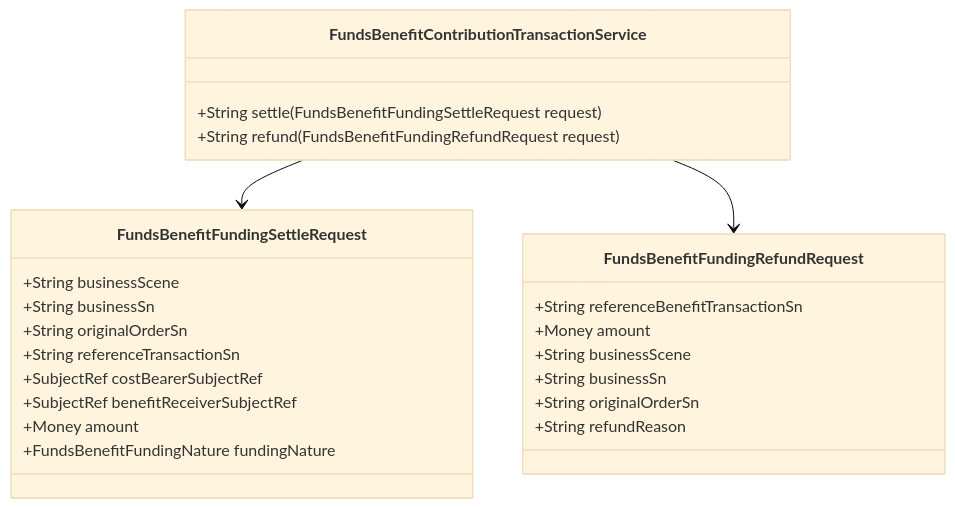
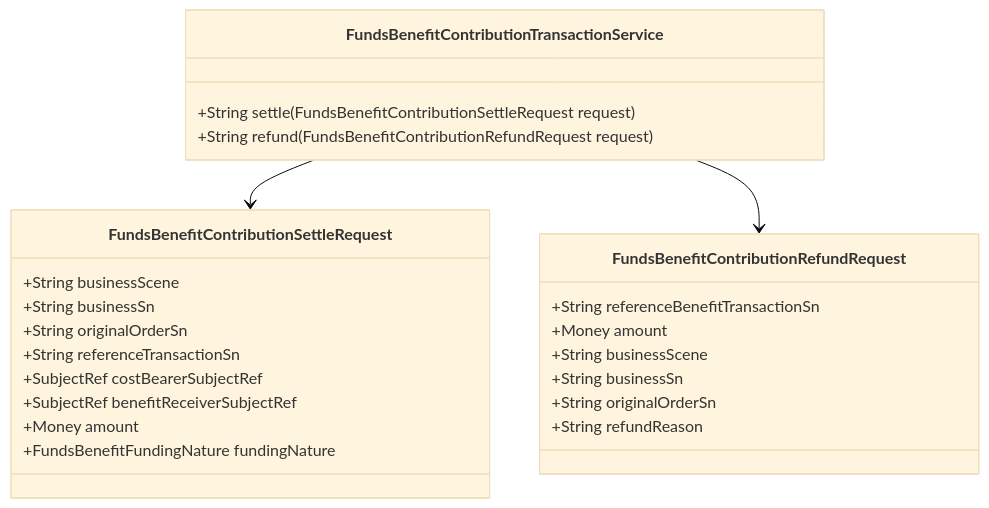
Before and after one commit to fengwuxp/wind-funds: the second of 2 diagrams in docs/DSL设计/支付资金底座DSL承载层设计.md, drawn with Mermaid (base theme). The commit also changed other lines of this file and 6 other files, not shown here.

````diff
--- a/docs/DSL设计/支付资金底座DSL承载层设计.md
+++ b/docs/DSL设计/支付资金底座DSL承载层设计.md
@@ -628,30 +628,30 @@
 ```mermaid
 classDiagram
     class FundsBenefitContributionTransactionService {
-      +String settle(FundsBenefitFundingSettleRequest request)
-      +String refund(FundsBenefitFundingRefundRequest request)
+      +String settle(FundsBenefitContributionSettleRequest request)
+      +String refund(FundsBenefitContributionRefundRequest request)
     }
 
-    class FundsBenefitFundingSettleRequest {
+    class FundsBenefitContributionSettleRequest {
       +String businessScene
       +String businessSn
       +String originalOrderSn
       +String referenceTransactionSn
       +SubjectRef costBearerSubjectRef
       +SubjectRef benefitReceiverSubjectRef
       +Money amount
       +FundsBenefitFundingNature fundingNature
     }
 
-    class FundsBenefitFundingRefundRequest {
+    class FundsBenefitContributionRefundRequest {
       +String referenceBenefitTransactionSn
       +Money amount
       +String businessScene
       +String businessSn
       +String originalOrderSn
       +String refundReason
     }
 
-    FundsBenefitContributionTransactionService --> FundsBenefitFundingSettleRequest
-    FundsBenefitContributionTransactionService --> FundsBenefitFundingRefundRequest
+    FundsBenefitContributionTransactionService --> FundsBenefitContributionSettleRequest
+    FundsBenefitContributionTransactionService --> FundsBenefitContributionRefundRequest
 ```
````
